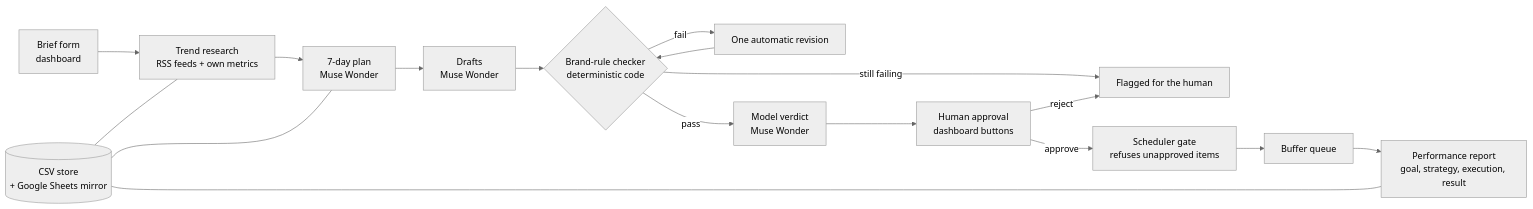
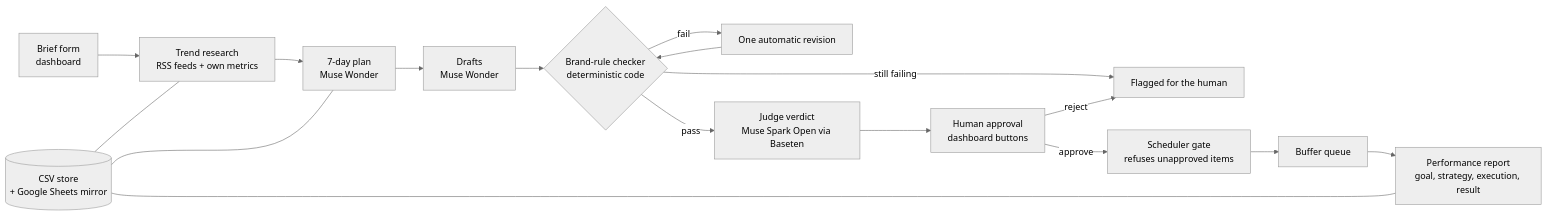
Before and after one commit to ahk1542001-wq/PaCo: the diagram in ARCHITECTURE.md, drawn with Mermaid (neutral theme). The commit also changed other lines of this file, not shown here.

Commit message:
PR files: ARCHITECTURE.md

````diff
--- a/ARCHITECTURE.md
+++ b/ARCHITECTURE.md
@@ -78,19 +78,19 @@
 ```mermaid
 flowchart LR
     A[Brief form<br/>dashboard] --> B[Trend research<br/>RSS feeds + own metrics]
     B --> C[7-day plan<br/>Muse Wonder]
     C --> D[Drafts<br/>Muse Wonder]
     D --> E{Brand-rule checker<br/>deterministic code}
     E -- fail --> F[One automatic revision]
     F --> E
     E -- still failing --> G[Flagged for the human]
-    E -- pass --> H[Model verdict<br/>Muse Wonder]
+    E -- pass --> H[Judge verdict<br/>Muse Spark Open via Baseten]
     H --> I[Human approval<br/>dashboard buttons]
     I -- approve --> J[Scheduler gate<br/>refuses unapproved items]
     J --> K[Buffer queue]
     I -- reject --> G
     K --> L[Performance report<br/>goal, strategy, execution, result]
     M[(CSV store<br/>+ Google Sheets mirror)] --- B
     M --- C
     M --- L
 ```
````
